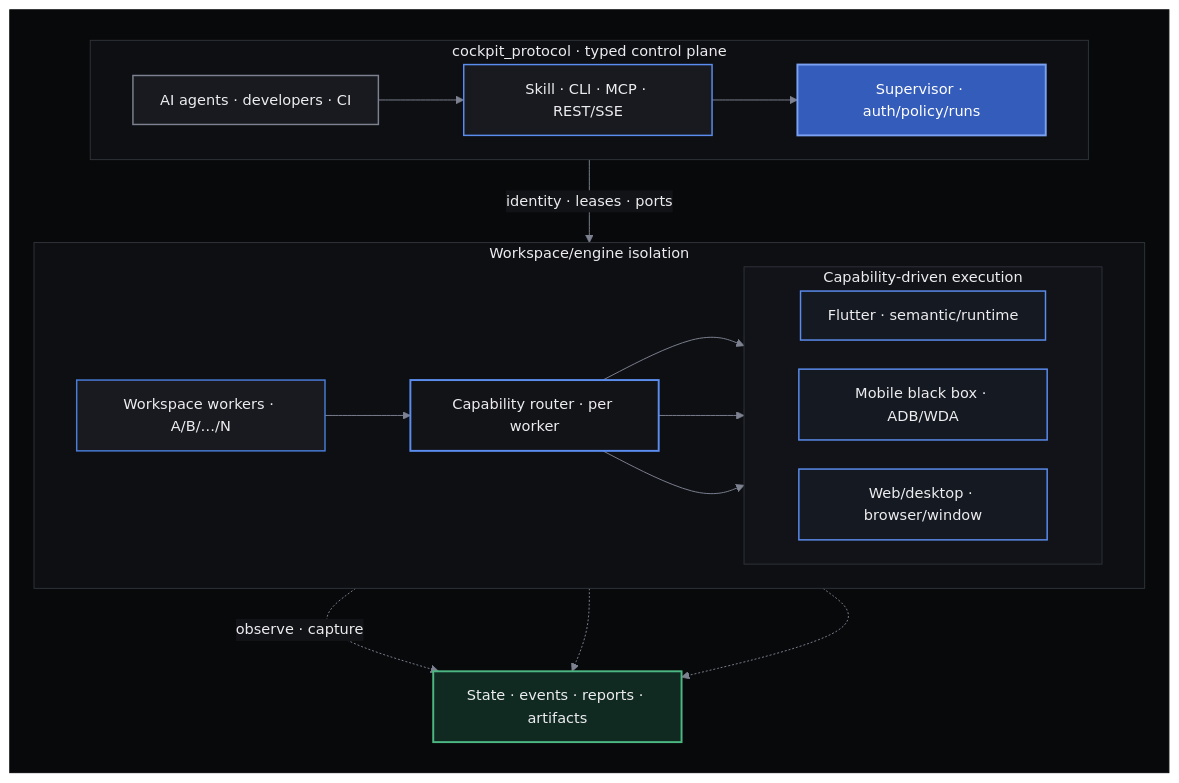
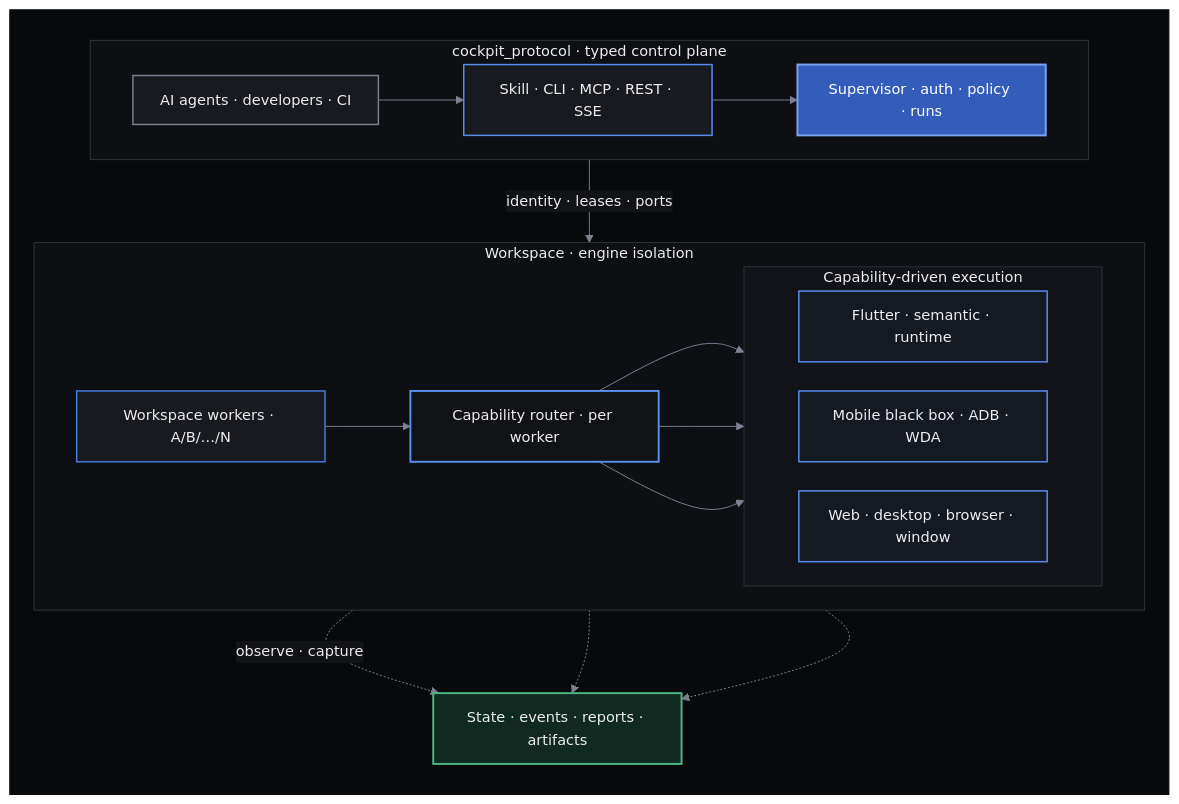
Before and after one commit to cockpit-dev/cockpit: the diagram in README.md, drawn with Mermaid. The commit also changed 1 other file, not shown here.

Commit message:
docs: improve architecture diagram labels

````diff
--- a/README.md
+++ b/README.md
@@ -119,60 +119,60 @@
 ```mermaid
 %%{init: {"theme": "base", "themeVariables": {"darkMode": true, "background": "#08090A", "fontFamily": "system-ui, -apple-system, BlinkMacSystemFont, Segoe UI, sans-serif", "fontSize": "15px", "primaryColor": "#181A1F", "primaryTextColor": "#EDEDEF", "primaryBorderColor": "#5B8DEF", "lineColor": "#7D8190", "secondaryColor": "#121317", "tertiaryColor": "#0D0F13", "clusterBkg": "#0D0F13", "clusterBorder": "#30323A", "edgeLabelBackground": "#121317"}, "flowchart": {"curve": "basis", "nodeSpacing": 30, "rankSpacing": 38, "padding": 14}}}%%
 flowchart TB
   subgraph Architecture[" "]
     direction TB
   subgraph ControlPath["cockpit_protocol · typed control plane"]
     direction LR
     Actors["AI agents · developers · CI"]
-    Surfaces["Skill · CLI · MCP · REST/SSE"]
-    Supervisor["Supervisor · auth/policy/runs"]
+    Surfaces["Skill · CLI · MCP · REST · SSE"]
+    Supervisor["Supervisor · auth · policy · runs"]
     Actors --> Surfaces --> Supervisor
   end
 
-  subgraph RuntimePath["Workspace/engine isolation"]
+  subgraph RuntimePath["Workspace · engine isolation"]
     direction LR
     Workers["Workspace workers · A/B/…/N"]
     Router["Capability router · per worker"]
 
     subgraph Planes["Capability-driven execution"]
       direction LR
-      Flutter["Flutter · semantic/runtime"]
-      Native["Mobile black box · ADB/WDA"]
-      Desktop["Web/desktop · browser/window"]
+      Flutter["Flutter · semantic · runtime"]
+      Native["Mobile black box · ADB · WDA"]
+      Desktop["Web · desktop · browser · window"]
     end
 
     Workers --> Router
     Router --> Flutter
     Router --> Native
     Router --> Desktop
   end
 
   Evidence["State · events · reports · artifacts"]
 
   Supervisor -->|identity · leases · ports| Workers
   Flutter -.->|observe · capture| Evidence
   Native -.-> Evidence
   Desktop -.-> Evidence
   end
 
   classDef actor fill:#181A1F,stroke:#7D8190,color:#EDEDEF,stroke-width:1.5px
   classDef surface fill:#181A1F,stroke:#5B8DEF,color:#EDEDEF,stroke-width:1.5px
   classDef primary fill:#345CBA,stroke:#7BA1F2,color:#FFFFFF,stroke-width:2px
   classDef control fill:#121317,stroke:#5B8DEF,color:#EDEDEF,stroke-width:2px
   classDef worker fill:#181A1F,stroke:#4A7DD8,color:#EDEDEF,stroke-width:1.5px
   classDef plane fill:#151922,stroke:#5B8DEF,color:#EDEDEF,stroke-width:1.5px
   classDef evidence fill:#102A22,stroke:#4CB782,color:#EDEDEF,stroke-width:2px
 
   class Actors actor
   class Surfaces surface
   class Supervisor primary
   class Router control
   class Workers worker
   class Flutter,Native,Desktop plane
   class Evidence evidence
 
   style Architecture fill:#08090A,stroke:#08090A,color:#EDEDEF
   style ControlPath fill:#0D0F13,stroke:#30323A,color:#EDEDEF
   style RuntimePath fill:#0D0F13,stroke:#30323A,color:#EDEDEF
   style Planes fill:#111318,stroke:#30323A,color:#EDEDEF
 ```
````
